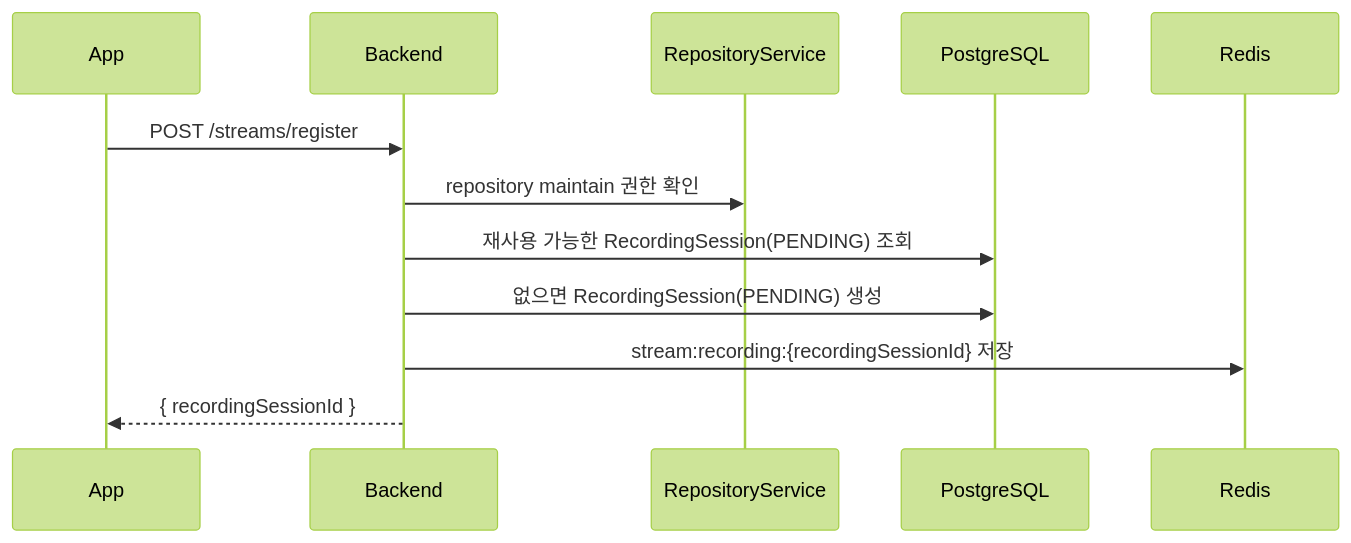
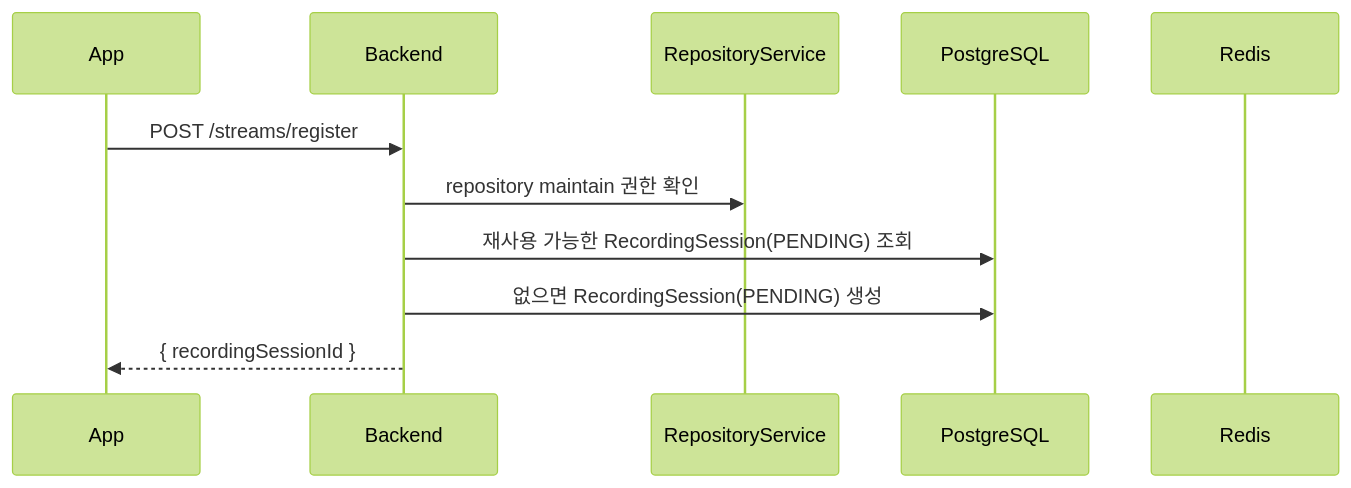
Before and after one commit to ego-flow/ego-flow-server: the second of 7 diagrams in docs/09. project_streaming.md, drawn with Mermaid (forest theme). The commit also changed other lines of this file and 20 other files, not shown here.

````diff
--- a/docs/09. project_streaming.md
+++ b/docs/09. project_streaming.md
@@ -56,15 +56,14 @@
 ```mermaid
 sequenceDiagram
     participant App
     participant BE as Backend
     participant Repo as RepositoryService
     participant DB as PostgreSQL
     participant Redis
 
     App->>BE: POST /streams/register
     BE->>Repo: repository maintain 권한 확인
     BE->>DB: 재사용 가능한 RecordingSession(PENDING) 조회
     BE->>DB: 없으면 RecordingSession(PENDING) 생성
-    BE->>Redis: stream:recording:{recordingSessionId} 저장
     BE-->>App: { recordingSessionId }
 ```
````
